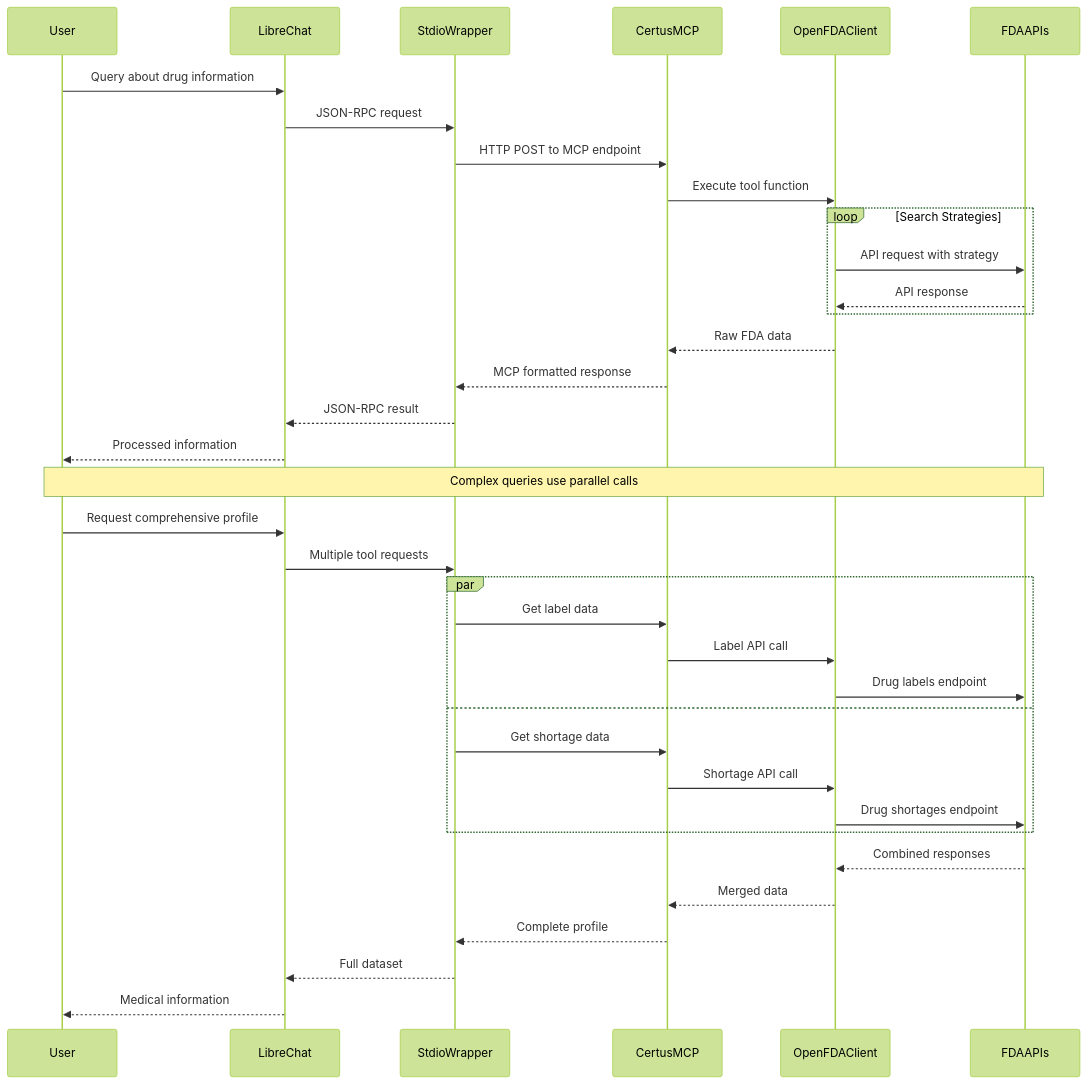
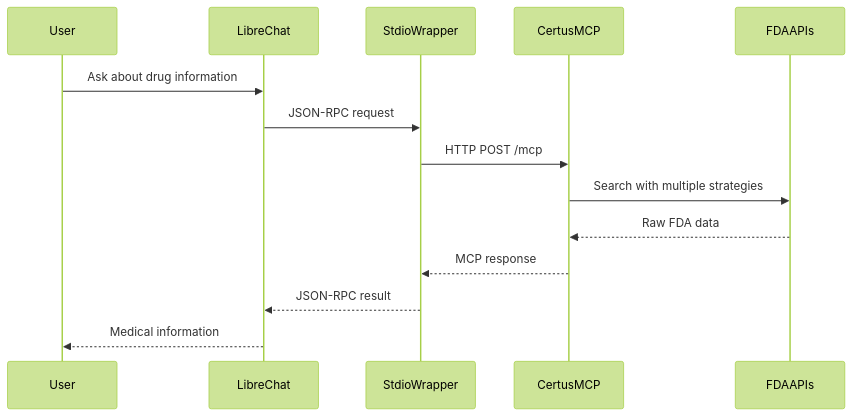
One commit to zesty-genius128/Certus_server changed the diagram in README.md. Above: the diagram before and after it, drawn with Mermaid (forest theme).

Commit message:
updated flowchart

````diff
--- a/README.md
+++ b/README.md
@@ -17,45 +17,17 @@
 ```mermaid
 sequenceDiagram
     participant User
     participant LibreChat
     participant StdioWrapper
     participant CertusMCP
-    participant OpenFDAClient
     participant FDAAPIs
 
-    User->>LibreChat: Query about drug information
+    User->>LibreChat: Ask about drug information
     LibreChat->>StdioWrapper: JSON-RPC request
-    StdioWrapper->>CertusMCP: HTTP POST to MCP endpoint
-    CertusMCP->>OpenFDAClient: Execute tool function
-    
-    loop Search Strategies
-        OpenFDAClient->>FDAAPIs: API request with strategy
-        FDAAPIs-->>OpenFDAClient: API response
-    end
-    
-    OpenFDAClient-->>CertusMCP: Raw FDA data
-    CertusMCP-->>StdioWrapper: MCP formatted response
+    StdioWrapper->>CertusMCP: HTTP POST /mcp
+    CertusMCP->>FDAAPIs: Search with multiple strategies
+    FDAAPIs-->>CertusMCP: Raw FDA data
+    CertusMCP-->>StdioWrapper: MCP response
     StdioWrapper-->>LibreChat: JSON-RPC result
-    LibreChat-->>User: Processed information
-
-    Note over User,FDAAPIs: Complex queries use parallel calls
-    
-    User->>LibreChat: Request comprehensive profile
-    LibreChat->>StdioWrapper: Multiple tool requests
-    
-    par
-        StdioWrapper->>CertusMCP: Get label data
-        CertusMCP->>OpenFDAClient: Label API call
-        OpenFDAClient->>FDAAPIs: Drug labels endpoint
-    and
-        StdioWrapper->>CertusMCP: Get shortage data
-        CertusMCP->>OpenFDAClient: Shortage API call
-        OpenFDAClient->>FDAAPIs: Drug shortages endpoint
-    end
-    
-    FDAAPIs-->>OpenFDAClient: Combined responses
-    OpenFDAClient-->>CertusMCP: Merged data
-    CertusMCP-->>StdioWrapper: Complete profile
-    StdioWrapper-->>LibreChat: Full dataset
     LibreChat-->>User: Medical information
 ```
````
